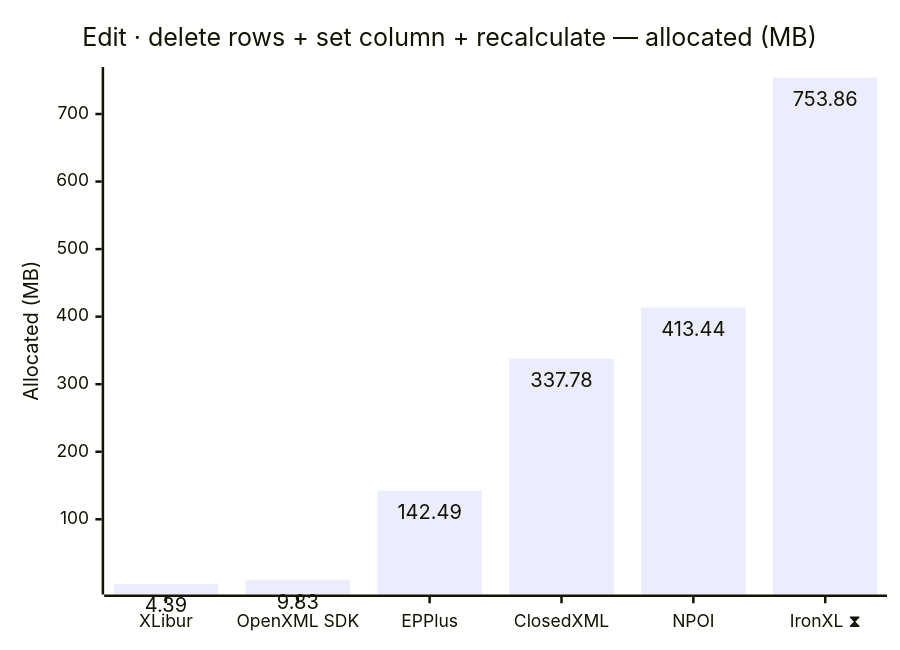
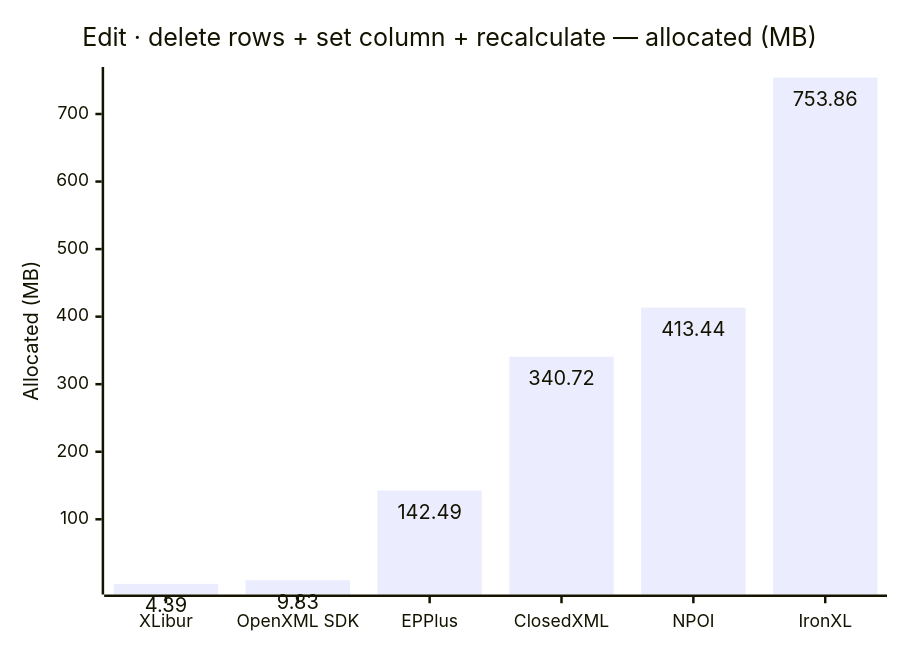
Before and after one commit to jafin/XLBench: the tenth of 12 diagrams in docs/results.md, drawn with Mermaid. The commit also changed other lines of this file and 2 other files, not shown here.

````diff
--- a/docs/results.md
+++ b/docs/results.md
@@ -156,12 +152,12 @@
 ```mermaid
 ---
 config:
   xyChart:
     showDataLabel: true
 ---
 xychart-beta
     title "Edit · delete rows + set column + recalculate — allocated (MB)"
-    x-axis ["XLibur", "OpenXML SDK", "EPPlus", "ClosedXML", "NPOI", "IronXL ⧗"]
+    x-axis ["XLibur", "OpenXML SDK", "EPPlus", "ClosedXML", "NPOI", "IronXL"]
     y-axis "Allocated (MB)"
-    bar [4.39, 9.83, 142.49, 337.78, 413.44, 753.86]
+    bar [4.39, 9.83, 142.49, 340.72, 413.44, 753.86]
 ```
````
